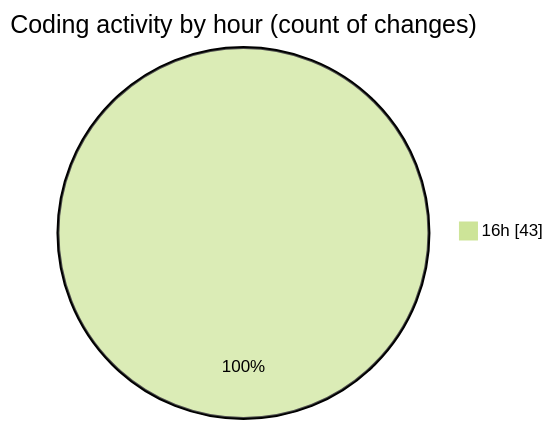
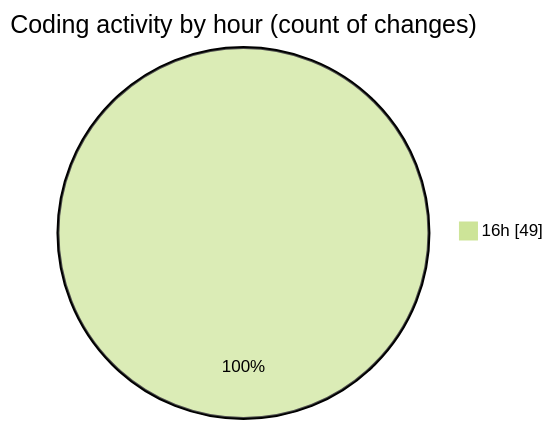
Before and after one commit to momahboobian/code-tracking: the second of 2 diagrams in 2026-07-31/broadcaster-playout-dashboard/README.md, drawn with Mermaid (forest theme). The commit also changed other lines of this file and 1 other file, not shown here.

````diff
--- a/2026-07-31/broadcaster-playout-dashboard/README.md
+++ b/2026-07-31/broadcaster-playout-dashboard/README.md
@@ -42,5 +43,5 @@
 ```mermaid
 pie showData
 title Coding activity by hour (count of changes)
-"16h" : 43
+"16h" : 49
 ```
````
